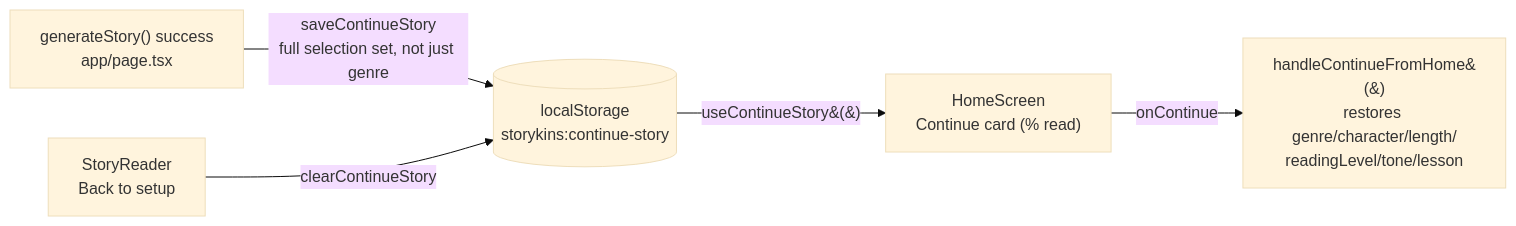
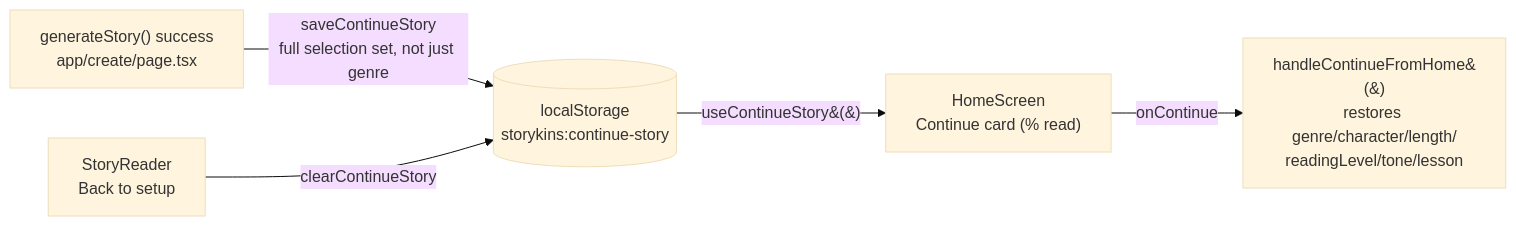
One commit to aio-studios/children-story-app changed the seventh of 8 diagrams in docs/architecture.md. Above: the diagram before and after it, drawn with Mermaid (base theme). The commit also changed other lines of this file and 48 other files, not shown here.

First line of the commit message:
feat: landing page at /, app moves to /create (#97) (#100)

````diff
--- a/docs/architecture.md
+++ b/docs/architecture.md
@@ -364,7 +389,7 @@
 ```mermaid
 graph LR
-  Gen["generateStory() success<br/>app/page.tsx"] -->|saveContinueStory<br/>full selection set, not just genre| LS[("localStorage<br/>storykins:continue-story")]
+  Gen["generateStory() success<br/>app/create/page.tsx"] -->|saveContinueStory<br/>full selection set, not just genre| LS[("localStorage<br/>storykins:continue-story")]
   LS -->|useContinueStory&#40;&#41;| HS["HomeScreen<br/>Continue card (% read)"]
   HS -->|onContinue| Resume["handleContinueFromHome&#40;&#41;<br/>restores genre/character/length/<br/>readingLevel/tone/lesson"]
   SR["StoryReader<br/>Back to setup"] -->|clearContinueStory| LS
 ```
````
